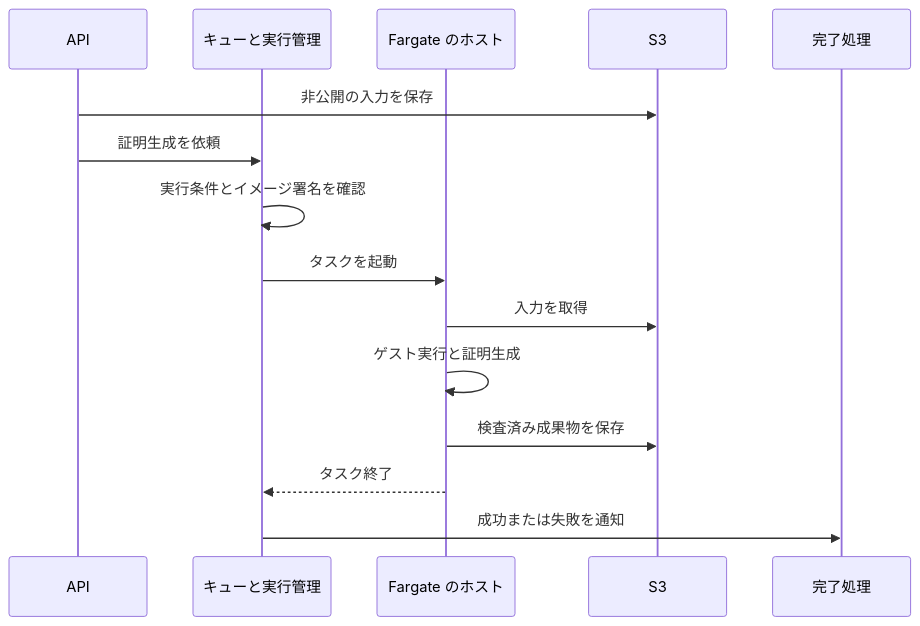
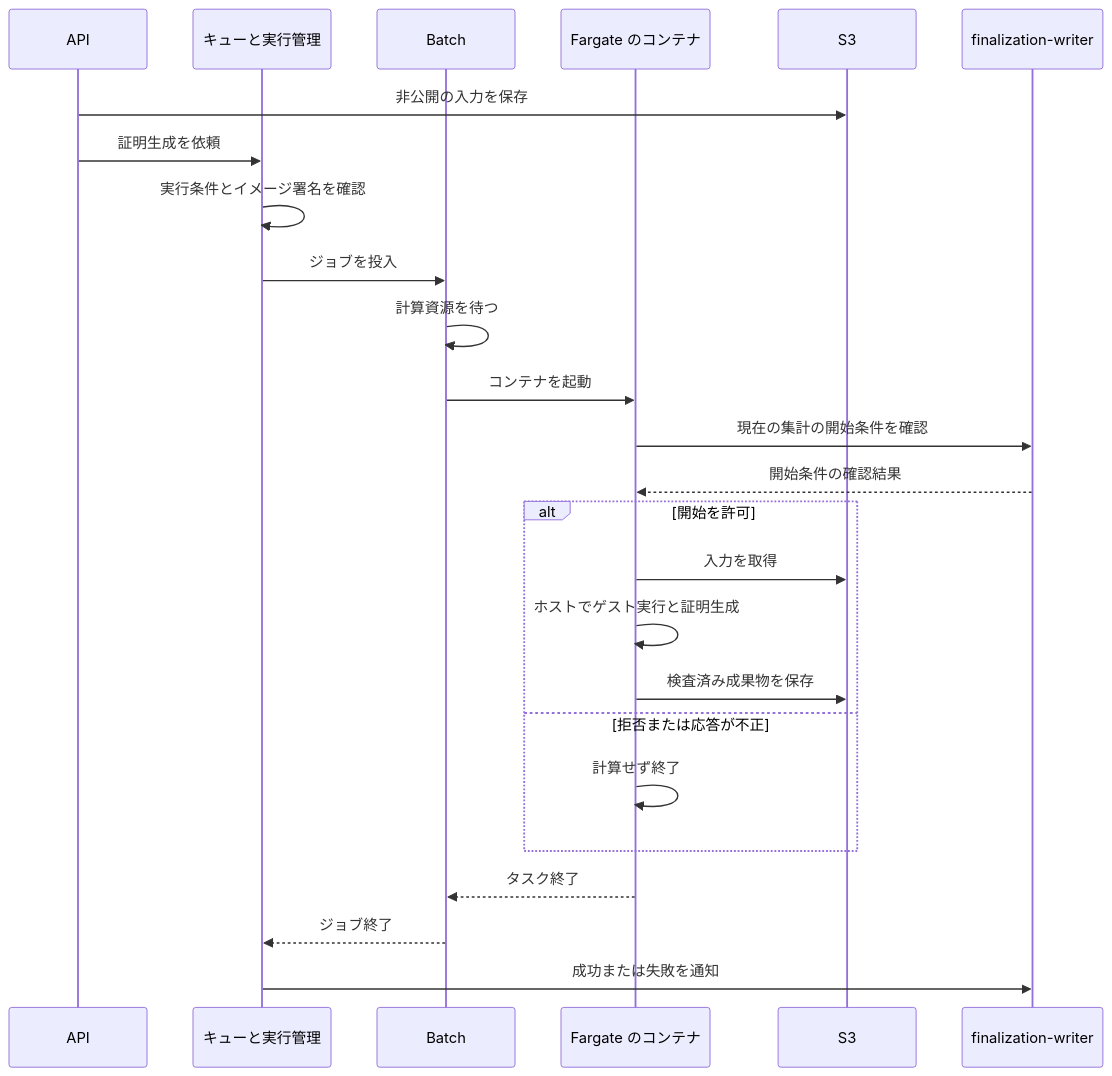
The second of 2 diagrams in public-book/src/zkvm/host-and-proving.md (hwatanabe-jp/stark-ballot-simulator-public), drawn with Mermaid before and after one commit. The commit also changed other lines of this file and 835 other files, not shown here.

````diff
--- a/public-book/src/zkvm/host-and-proving.md
+++ b/public-book/src/zkvm/host-and-proving.md
@@ -74,17 +74,27 @@
 ```mermaid
 sequenceDiagram
   participant API as API
   participant Q as キューと実行管理
-  participant H as Fargate のホスト
+  participant B as Batch
+  participant H as Fargate のコンテナ
   participant S3 as S3
-  participant C as 完了処理
+  participant C as finalization-writer
   API->>S3: 非公開の入力を保存
   API->>Q: 証明生成を依頼
   Q->>Q: 実行条件とイメージ署名を確認
-  Q->>H: タスクを起動
-  H->>S3: 入力を取得
-  H->>H: ゲスト実行と証明生成
-  H->>S3: 検査済み成果物を保存
-  H-->>Q: タスク終了
+  Q->>B: ジョブを投入
+  B->>B: 計算資源を待つ
+  B->>H: コンテナを起動
+  H->>C: 現在の集計の開始条件を確認
+  C-->>H: 開始条件の確認結果
+  alt 開始を許可
+    H->>S3: 入力を取得
+    H->>H: ホストでゲスト実行と証明生成
+    H->>S3: 検査済み成果物を保存
+  else 拒否または応答が不正
+    H->>H: 計算せず終了
+  end
+  H-->>B: タスク終了
+  B-->>Q: ジョブ終了
   Q->>C: 成功または失敗を通知
 ```
````
